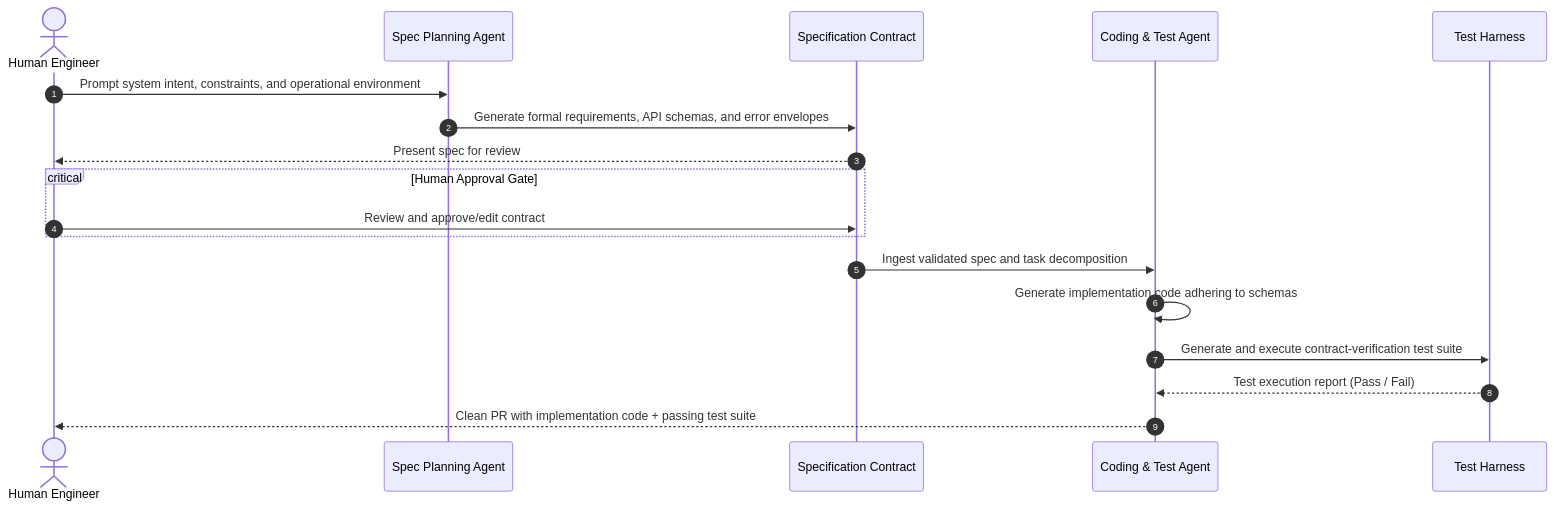
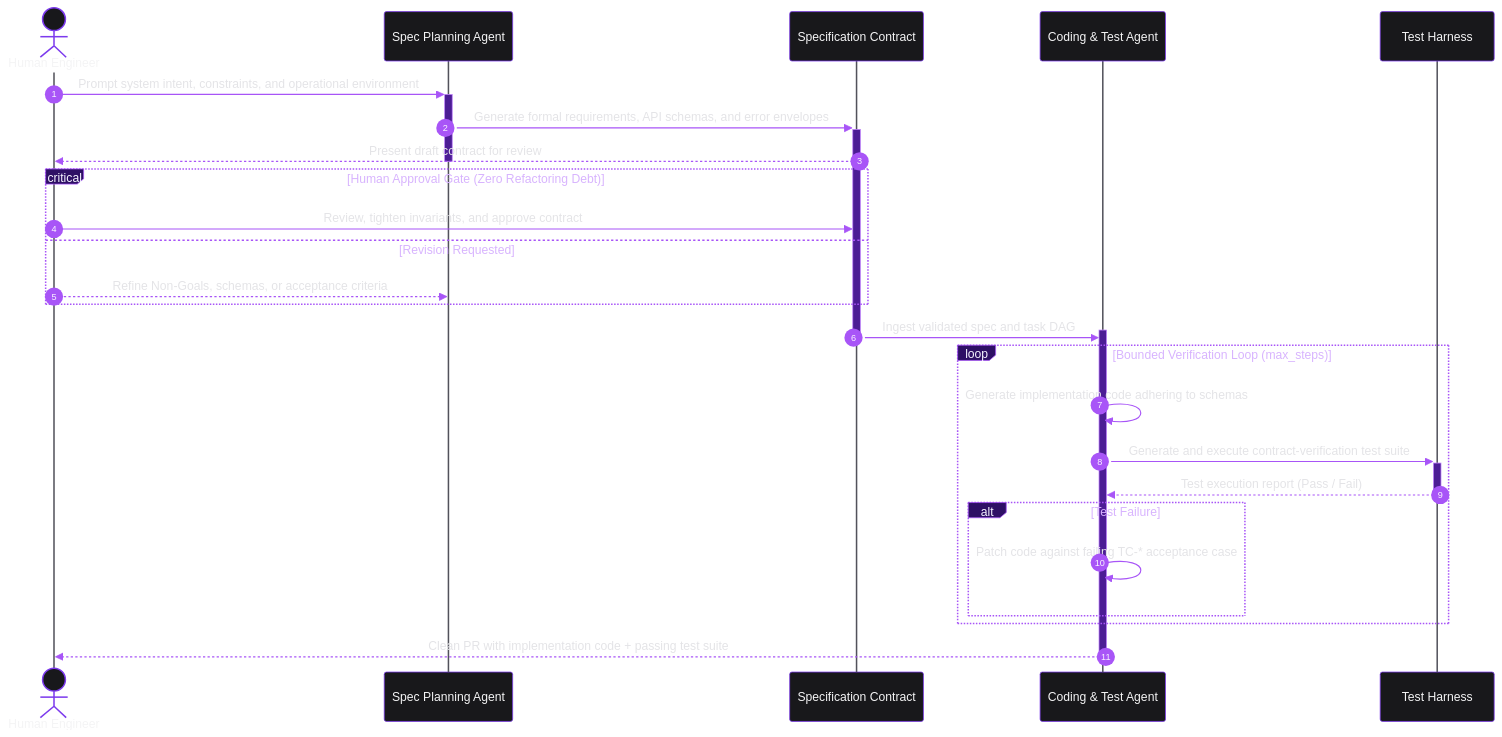
Before and after one commit to x-ruiz/obsidian-notes: the second of 4 diagrams in AI Engineering/Spec-Driven Development.md, drawn with Mermaid. The commit also changed other lines of this file and 31 other files, not shown here.

Commit message:
docs(mermaid): redesign diagrams with Obsidian Violet dark-mode theme

````diff
--- a/AI Engineering/Spec-Driven Development.md
+++ b/AI Engineering/Spec-Driven Development.md
@@ -72,21 +102,35 @@
 ```mermaid
+%%{init: {"theme": "base", "themeCSS": "svg { background-color: #09090B !important; border-radius: 8px; }", "themeVariables": {"darkMode": true, "background": "#09090B", "mainBkg": "#18181B", "textColor": "#F4F4F5", "primaryColor": "#18181B", "primaryTextColor": "#F4F4F5", "primaryBorderColor": "#7C3AED", "lineColor": "#A855F7", "actorBkg": "#18181B", "actorBorder": "#7C3AED", "actorTextColor": "#F4F4F5", "actorLineColor": "#52525B", "signalColor": "#A855F7", "signalTextColor": "#E4E4E7", "labelBoxBkgColor": "#2E1065", "labelBoxBorderColor": "#A855F7", "labelTextColor": "#F5F3FF", "loopTextColor": "#D8B4FE", "noteBkgColor": "#1E1B2E", "noteBorderColor": "#6D28D9", "noteTextColor": "#EDE9FE", "activationBkgColor": "#4C1D95", "activationBorderColor": "#C084FC", "sequenceNumberColor": "#FAF5FF", "fontFamily": "Inter, ui-sans-serif, system-ui, -apple-system, sans-serif", "fontSize": "13px"}}}%%
 sequenceDiagram
     autonumber
     actor Developer as Human Engineer
     participant LLM as Spec Planning Agent
     participant Spec as Specification Contract
     participant Agent as Coding & Test Agent
     participant Runtime as Test Harness
 
-    Developer->>LLM: Prompt system intent, constraints, and operational environment
-    LLM->>Spec: Generate formal requirements, API schemas, and error envelopes
-    Spec-->>Developer: Present spec for review
-    critical Human Approval Gate
-        Developer->>Spec: Review and approve/edit contract
+    Developer->>+LLM: Prompt system intent, constraints, and operational environment
+    LLM->>+Spec: Generate formal requirements, API schemas, and error envelopes
+    Spec-->>Developer: Present draft contract for review
+    deactivate LLM
+
+    critical Human Approval Gate (Zero Refactoring Debt)
+        Developer->>Spec: Review, tighten invariants, and approve contract
+    option Revision Requested
+        Developer-->>LLM: Refine Non-Goals, schemas, or acceptance criteria
     end
-    Spec->>Agent: Ingest validated spec and task decomposition
-    Agent->>Agent: Generate implementation code adhering to schemas
-    Agent->>Runtime: Generate and execute contract-verification test suite
-    Runtime-->>Agent: Test execution report (Pass / Fail)
-    Agent-->>Developer: Clean PR with implementation code + passing test suite
+
+    Spec->>+Agent: Ingest validated spec and task DAG
+    deactivate Spec
+
+    loop Bounded Verification Loop (max_steps)
+        Agent->>Agent: Generate implementation code adhering to schemas
+        Agent->>+Runtime: Generate and execute contract-verification test suite
+        Runtime-->>-Agent: Test execution report (Pass / Fail)
+        alt Test Failure
+            Agent->>Agent: Patch code against failing TC-* acceptance case
+        end
+    end
+
+    Agent-->>-Developer: Clean PR with implementation code + passing test suite
 ```
````
